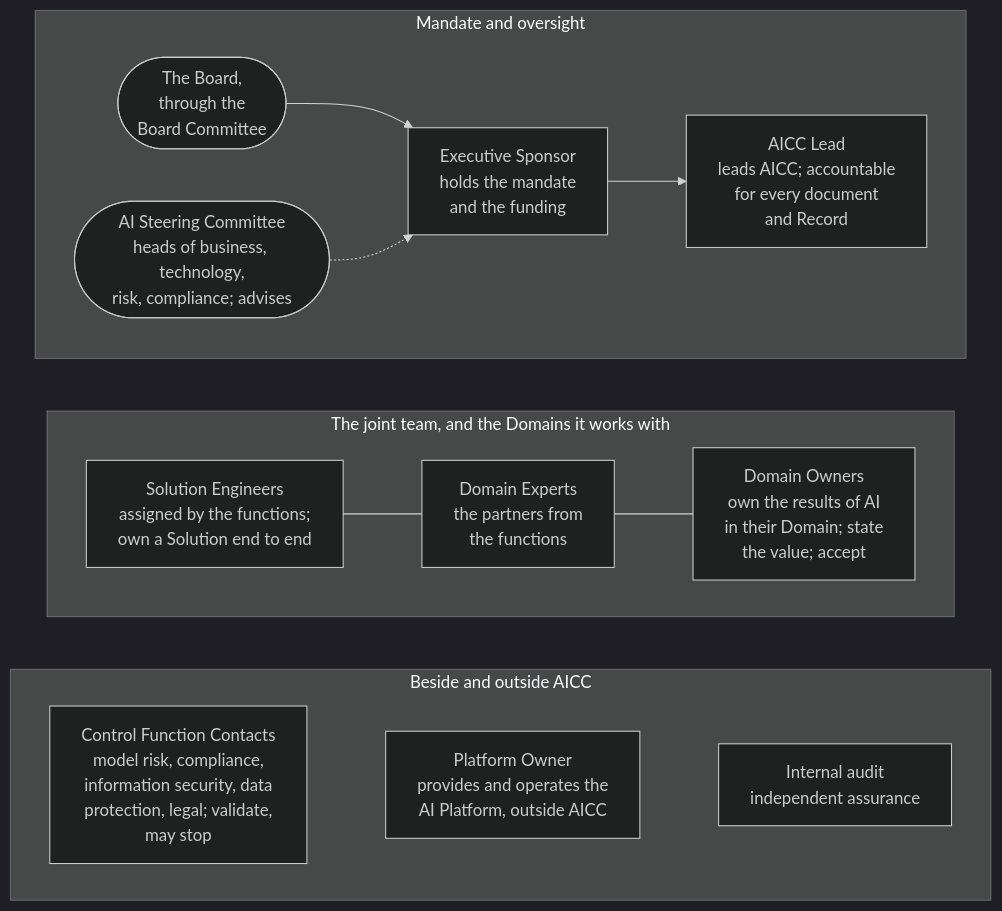
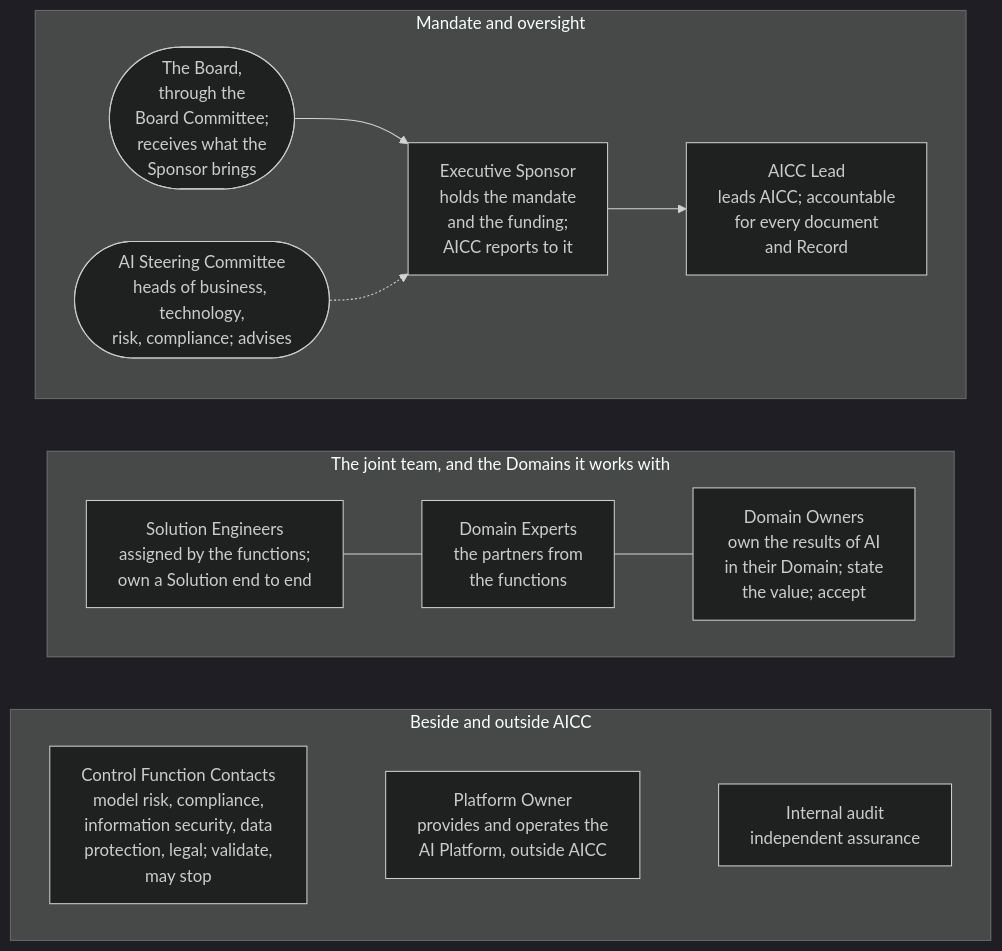
One commit to devhogu/ob-aicc changed the diagram in portal/content/en/organization/overview.md. Above: the diagram before and after it, drawn with Mermaid (dark theme). The commit also changed 150 other files, not shown here.

````diff
--- a/portal/content/en/organization/overview.md
+++ b/portal/content/en/organization/overview.md
@@ -7,20 +7,20 @@
 ```mermaid
 flowchart TB
   subgraph TOP["Mandate and oversight"]
     direction LR
-    B(["The Board,<br/>through the<br/>Board Committee"]) --> ES["Executive Sponsor<br/>holds the mandate<br/>and the funding"]
+    B(["The Board,<br/>through the<br/>Board Committee;<br/>receives what the<br/>Sponsor brings"]) --> ES["Executive Sponsor<br/>holds the mandate<br/>and the funding;<br/>AICC reports to it"]
     ES --> AL["AICC Lead<br/>leads AICC; accountable<br/>for every document<br/>and Record"]
     SC(["AI Steering Committee<br/>heads of business, technology,<br/>risk, compliance; advises"]) -.-> ES
   end
   subgraph MID["The joint team, and the Domains it works with"]
     direction LR
     SE["Solution Engineers<br/>assigned by the functions;<br/>own a Solution end to end"] --- DE["Domain Experts<br/>the partners from<br/>the functions"]
     DE --- DO["Domain Owners<br/>own the results of AI<br/>in their Domain; state<br/>the value; accept"]
   end
   subgraph SIDE["Beside and outside AICC"]
     direction LR
     CF["Control Function Contacts<br/>model risk, compliance,<br/>information security, data<br/>protection, legal; validate,<br/>may stop"] ~~~ PO["Platform Owner<br/>provides and operates the<br/>AI Platform, outside AICC"] ~~~ IA["Internal audit<br/>independent assurance"]
   end
   TOP ~~~ MID
   MID ~~~ SIDE
 ```
````
